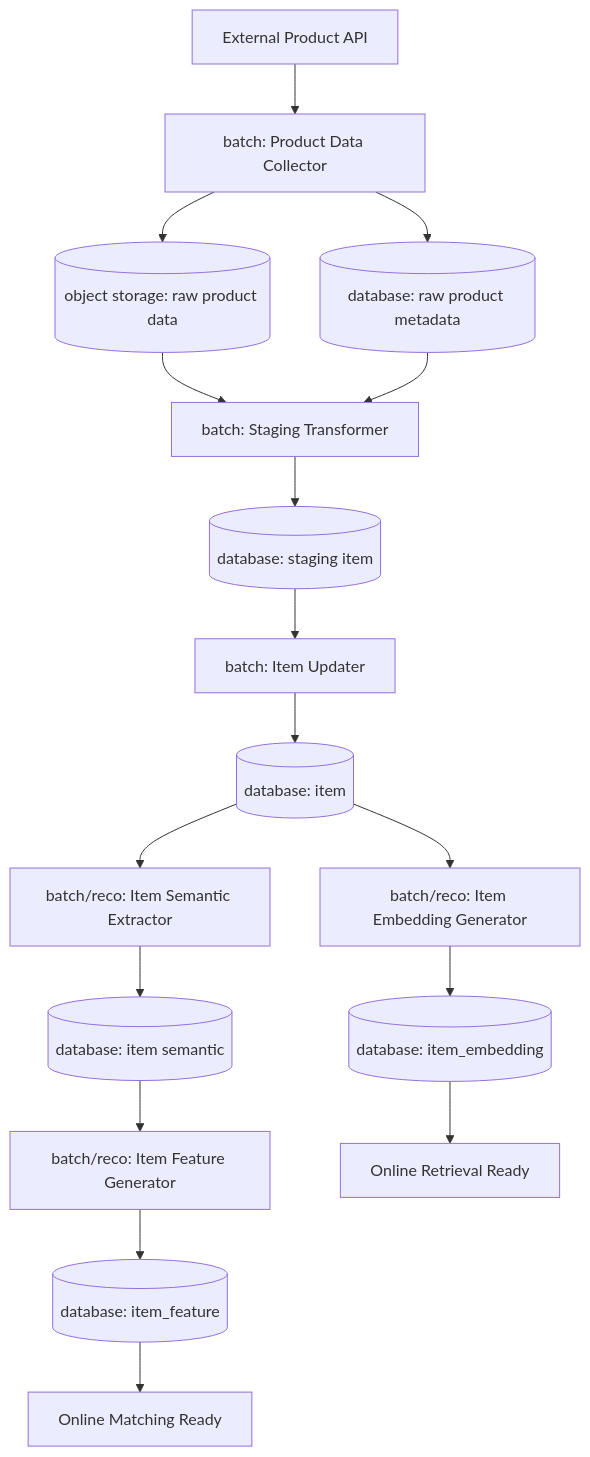
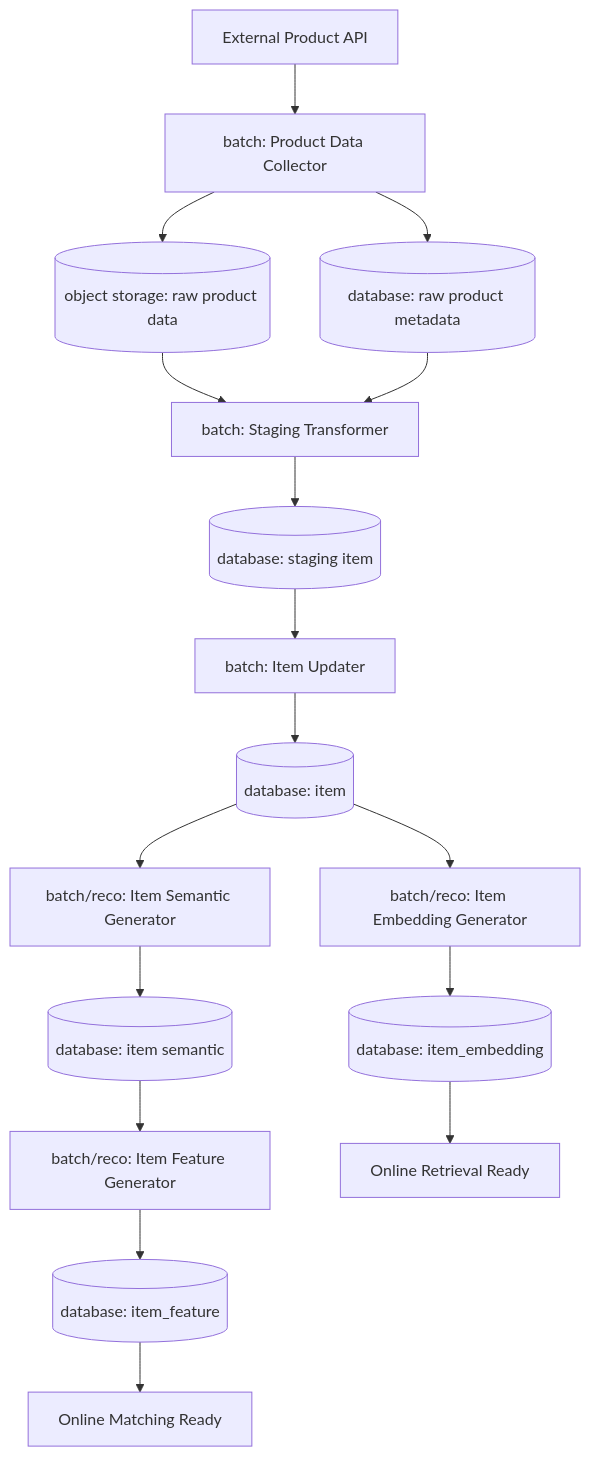
One commit to ryo-chan-k6/GiftRecommendAPP_MVP_CYCLE_3 changed the fourth of 6 diagrams in docs/05_アプリケーション設計/基盤/システム論理構成図.md. Above: the diagram before and after it, drawn with Mermaid. The commit also changed other lines of this file and 235 other files, not shown here.

````diff
--- a/docs/05_アプリケーション設計/基盤/システム論理構成図.md
+++ b/docs/05_アプリケーション設計/基盤/システム論理構成図.md
@@ -569,27 +569,27 @@
 ```mermaid
 flowchart TD
     X[External Product API] --> B1[batch: Product Data Collector]
 
     B1 --> O[(object storage: raw product data)]
     B1 --> RM[(database: raw product metadata)]
 
     O --> B2[batch: Staging Transformer]
     RM --> B2
 
     B2 --> S[(database: staging item)]
 
     S --> B3[batch: Item Updater]
     B3 --> I[(database: item)]
 
-    I --> B4[batch/reco: Item Semantic Extractor]
+    I --> B4[batch/reco: Item Semantic Generator]
     B4 --> SC[(database: item semantic)]
 
     SC --> B5[batch/reco: Item Feature Generator]
     B5 --> IF[(database: item_feature)]
 
     I --> B6[batch/reco: Item Embedding Generator]
     B6 --> IE[(database: item_embedding)]
 
     IF --> OLM[Online Matching Ready]
     IE --> OLR[Online Retrieval Ready]
 ```
````
